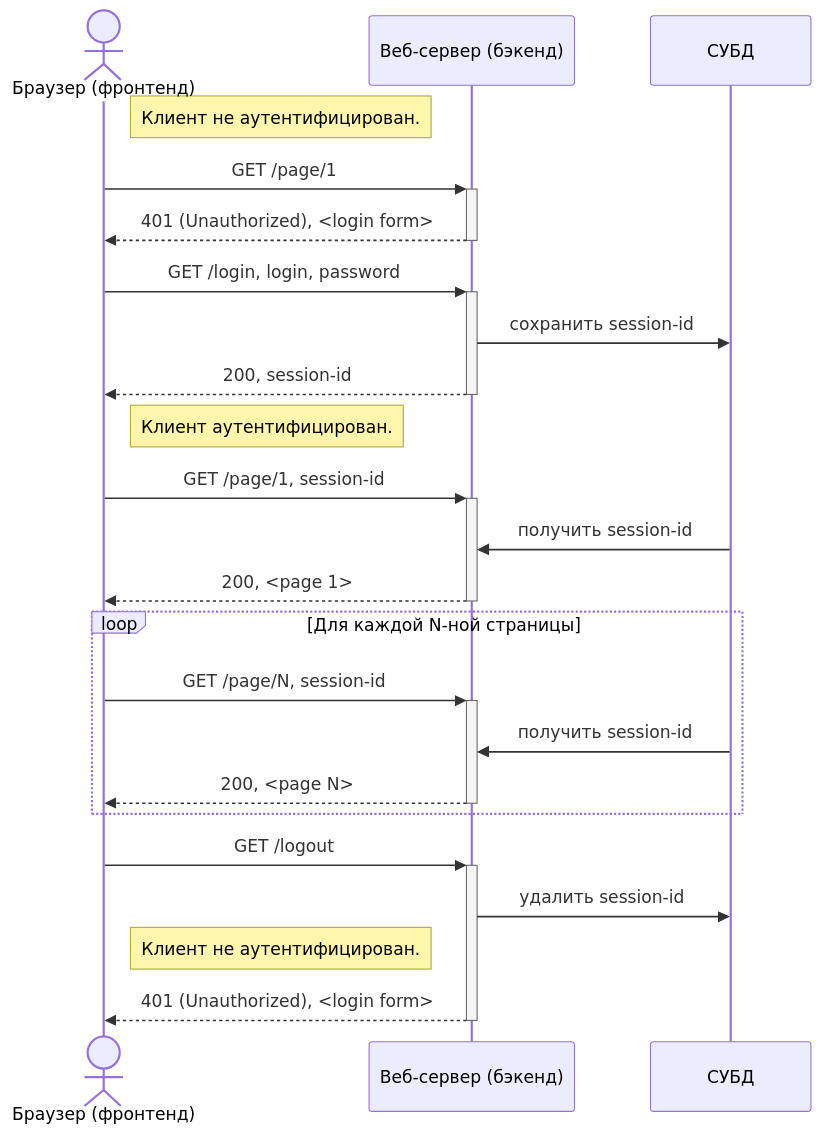
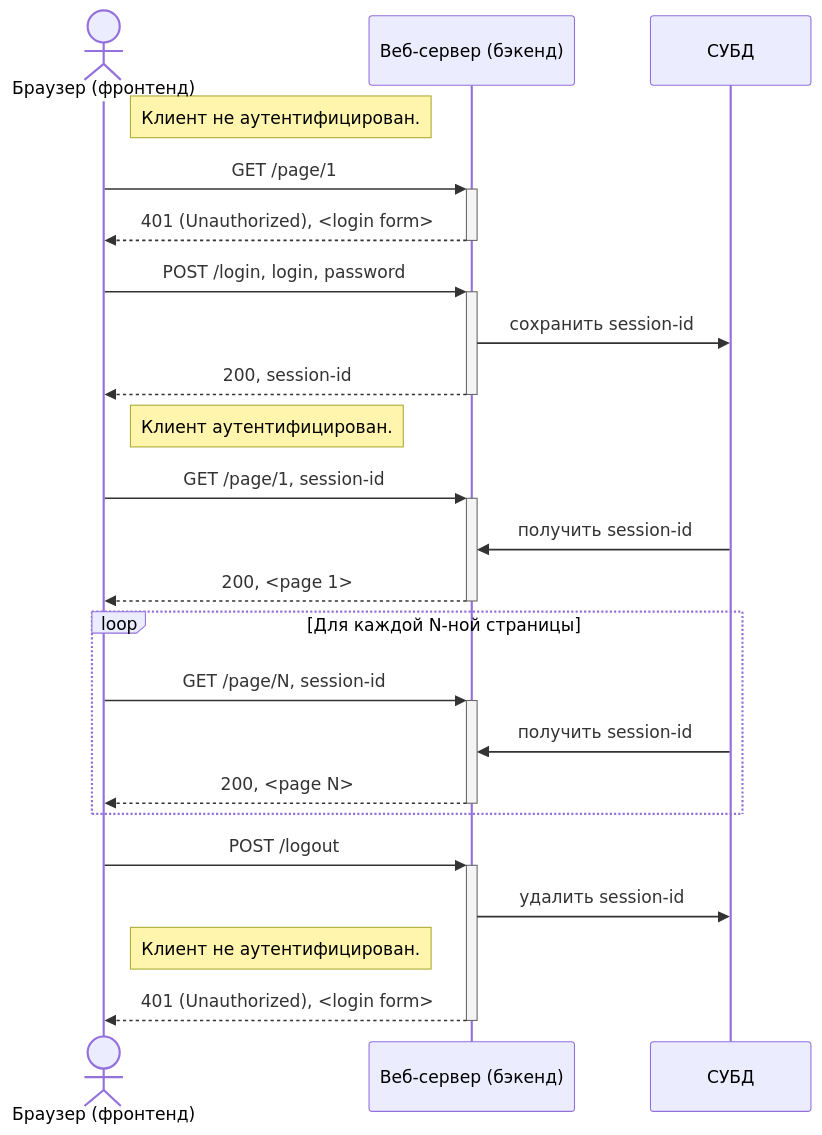
Before and after one commit to enkryptor/papers: the third of 6 diagrams in jwt-sso-authorization/README.md, drawn with Mermaid. The commit also changed other lines of this file, not shown here.

````diff
--- a/jwt-sso-authorization/README.md
+++ b/jwt-sso-authorization/README.md
@@ -77,34 +82,34 @@
 ```mermaid
 sequenceDiagram
     actor C as Браузер (фронтенд)
     participant S as Веб-сервер (бэкенд)
     participant D as СУБД
 
     note right of C: Клиент не аутентифицирован.
 
     C->>+S: GET /page/1
     S-->>-C: 401 (Unauthorized), <login form>
 
-    C->>+S: GET /login, login, password
+    C->>+S: POST /login, login, password
     S->>D: сохранить session-id
     S-->>-C: 200, session-id
 
     note right of C: Клиент аутентифицирован.
 
     C->>+S: GET /page/1, session-id
     D->>S: получить session-id
     S-->>-C: 200, <page 1>
 
     loop Для каждой N-ной страницы
         C->>+S: GET /page/N, session-id
         D->>S: получить session-id
         S-->>-C: 200, <page N>
     end
 
-    C->>+S: GET /logout
+    C->>+S: POST /logout
     S->>D: удалить session-id
 
     note right of C: Клиент не аутентифицирован.
 
     S-->>-C: 401 (Unauthorized), <login form>
 ```
````
